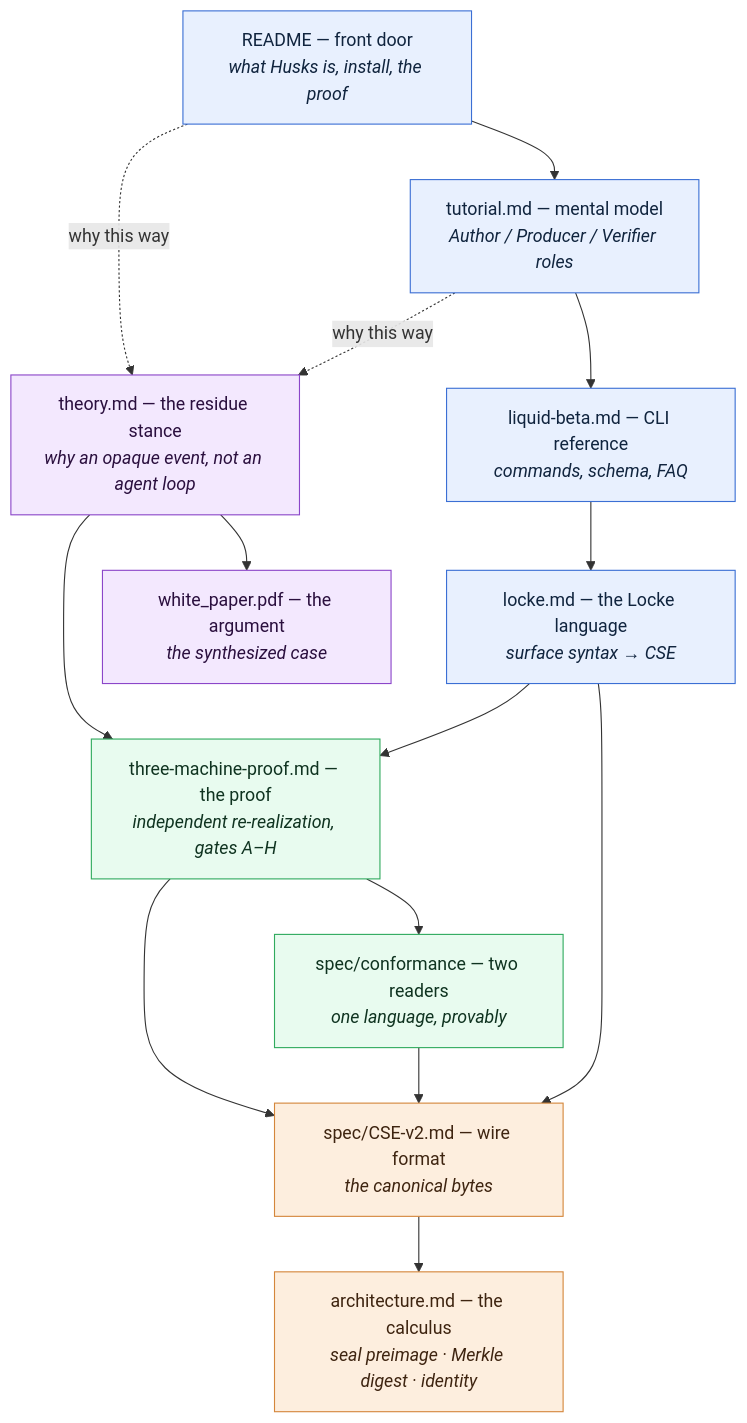
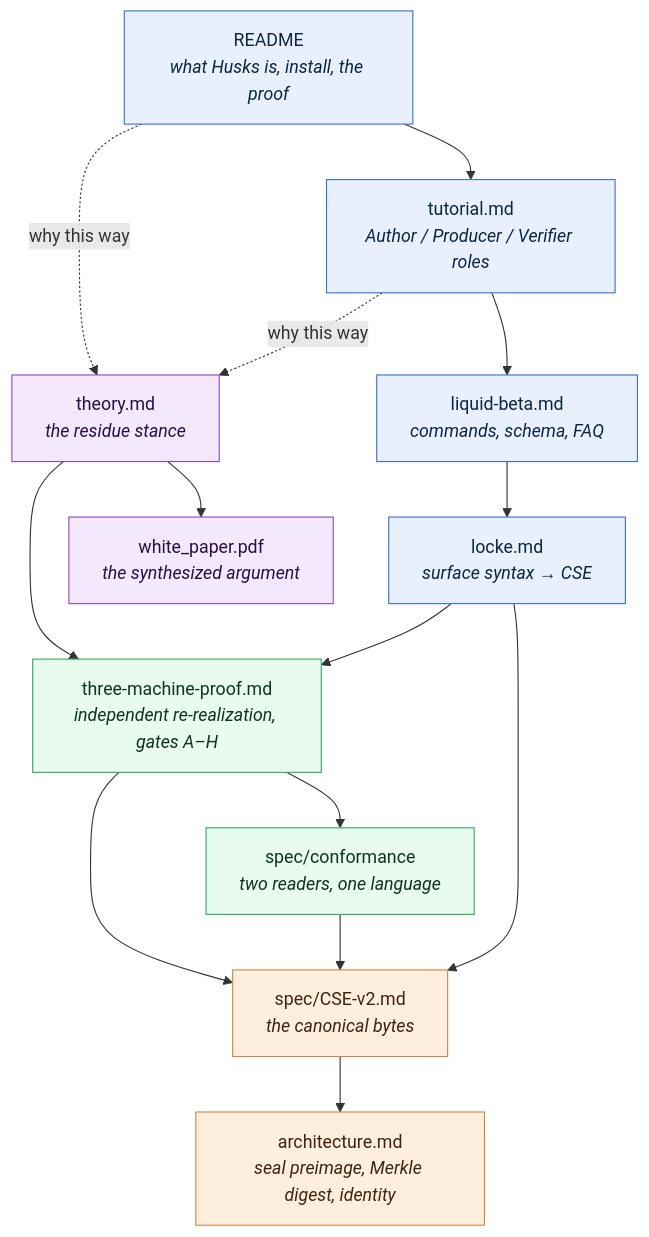
Before and after one commit to rz4/Husks: the diagram in docs/README.md, drawn with Mermaid. The commit also changed other lines of this file and 13 other files, not shown here.

````diff
--- a/docs/README.md
+++ b/docs/README.md
@@ -27,33 +27,33 @@
 ```mermaid
 flowchart TD
     classDef surface fill:#e8f0fe,stroke:#3b6fd4,color:#10243e;
     classDef philos  fill:#f3e8fe,stroke:#8b46c9,color:#2a0f3e;
     classDef science fill:#e8fbef,stroke:#2faa5d,color:#0f3320;
     classDef formal  fill:#fdeede,stroke:#d4863b,color:#3e2410;
 
-    FRONT["README — front door<br/><i>what Husks is, install, the proof</i>"]:::surface
-    TUT["tutorial.md — mental model<br/><i>Author / Producer / Verifier roles</i>"]:::surface
-    CLI["liquid-beta.md — CLI reference<br/><i>commands, schema, FAQ</i>"]:::surface
-    LOCKE["locke.md — the Locke language<br/><i>surface syntax → CSE</i>"]:::surface
+    FRONT["README<br/><i>what Husks is, install, the proof</i>"]:::surface
+    TUT["tutorial.md<br/><i>Author / Producer / Verifier roles</i>"]:::surface
+    CLI["liquid-beta.md<br/><i>commands, schema, FAQ</i>"]:::surface
+    LOCKE["locke.md<br/><i>surface syntax → CSE</i>"]:::surface
 
-    STANCE["theory.md — the residue stance<br/><i>why an opaque event, not an agent loop</i>"]:::philos
-    WP["white_paper.pdf — the argument<br/><i>the synthesized case</i>"]:::philos
+    STANCE["theory.md<br/><i>the residue stance</i>"]:::philos
+    WP["white_paper.pdf<br/><i>the synthesized argument</i>"]:::philos
 
-    PROOF["three-machine-proof.md — the proof<br/><i>independent re-realization, gates A–H</i>"]:::science
-    CONF["spec/conformance — two readers<br/><i>one language, provably</i>"]:::science
+    PROOF["three-machine-proof.md<br/><i>independent re-realization, gates A–H</i>"]:::science
+    CONF["spec/conformance<br/><i>two readers, one language</i>"]:::science
 
-    CSE["spec/CSE-v2.md — wire format<br/><i>the canonical bytes</i>"]:::formal
-    SEAL["architecture.md — the calculus<br/><i>seal preimage · Merkle digest · identity</i>"]:::formal
+    CSE["spec/CSE-v2.md<br/><i>the canonical bytes</i>"]:::formal
+    SEAL["architecture.md<br/><i>seal preimage, Merkle digest, identity</i>"]:::formal
 
     FRONT --> TUT --> CLI --> LOCKE
     FRONT -. "why this way" .-> STANCE
     TUT  -. "why this way" .-> STANCE
     STANCE --> WP
     STANCE --> PROOF
     LOCKE --> PROOF
     PROOF --> CONF
     PROOF --> CSE
     CONF  --> CSE
     LOCKE --> CSE
     CSE --> SEAL
 ```
````
